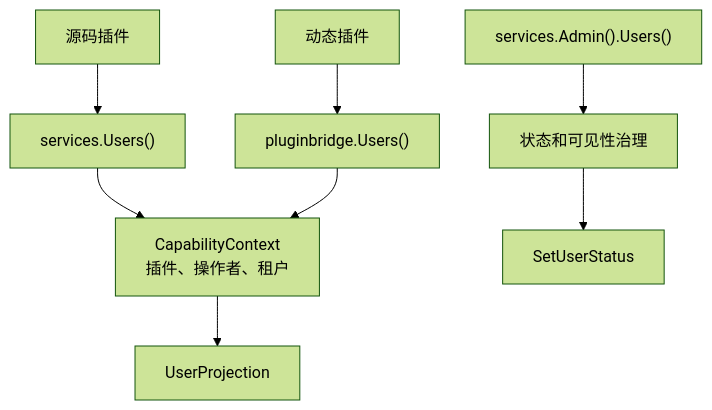
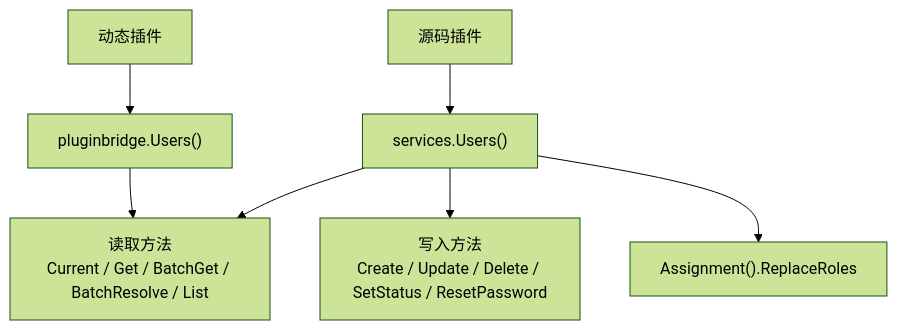
Before and after one commit to linaproai/linapro-site: the diagram in apps/lina-site/docs/docs/3000-domain-capabilities/8800-users.md, drawn with Mermaid (forest theme). The commit also changed other lines of this file and 31 other files, not shown here.

First line of the commit message:
refactor: Update tenant and user capability documentation for clarity and consistency

````diff
--- a/apps/lina-site/docs/docs/3000-domain-capabilities/8800-users.md
+++ b/apps/lina-site/docs/docs/3000-domain-capabilities/8800-users.md
@@ -54,10 +52,9 @@
 ```mermaid
 graph TB
     Plugin["源码插件"] --> Users["services.Users()"]
-    Users --> Scope["CapabilityContext<br/>插件、操作者、租户"]
-    Scope --> Projection["UserProjection"]
+    Users --> Read["读取方法<br/>Current / Get / BatchGet / BatchResolve / List"]
+    Users --> Write["写入方法<br/>Create / Update / Delete / SetStatus / ResetPassword"]
+    Users --> Assignment["Assignment().ReplaceRoles"]
     Dynamic["动态插件"] --> GuestUsers["pluginbridge.Users()"]
-    GuestUsers --> Scope
-    Admin["services.Admin().Users()"] --> Guard["状态和可见性治理"]
-    Guard --> Command["SetUserStatus"]
+    GuestUsers --> Read
 ```
````
